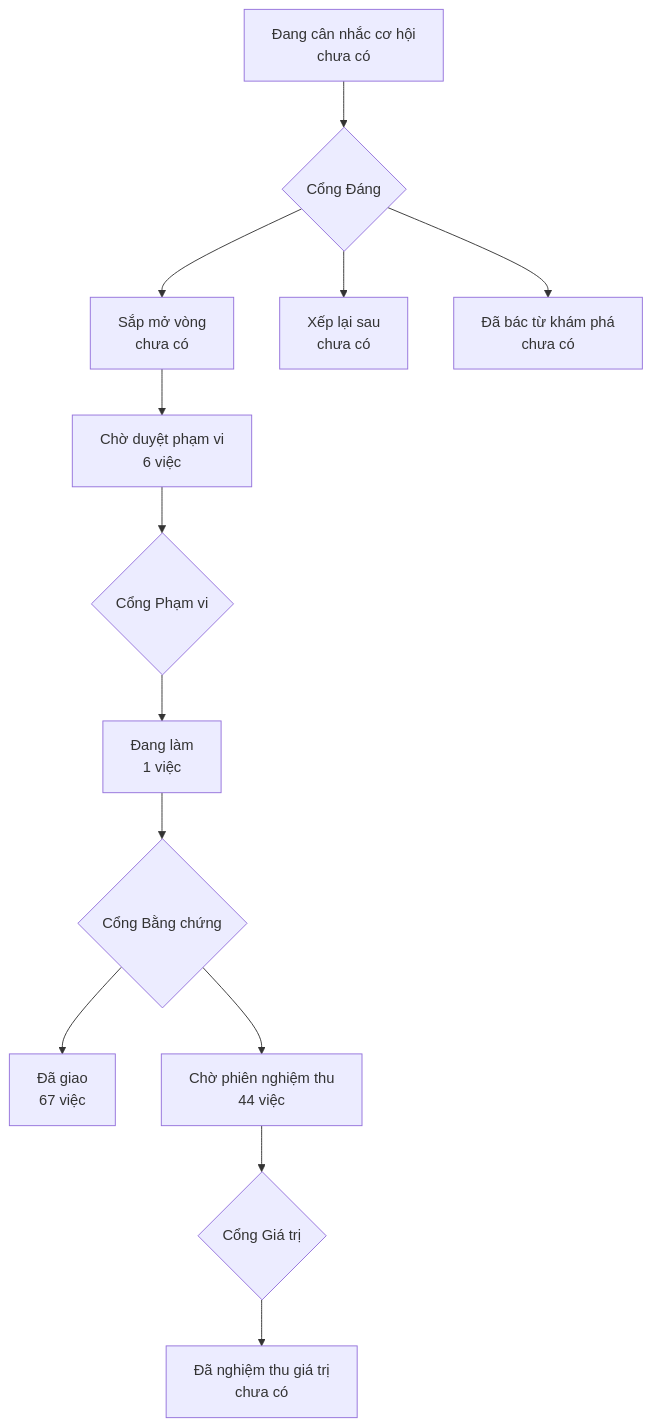
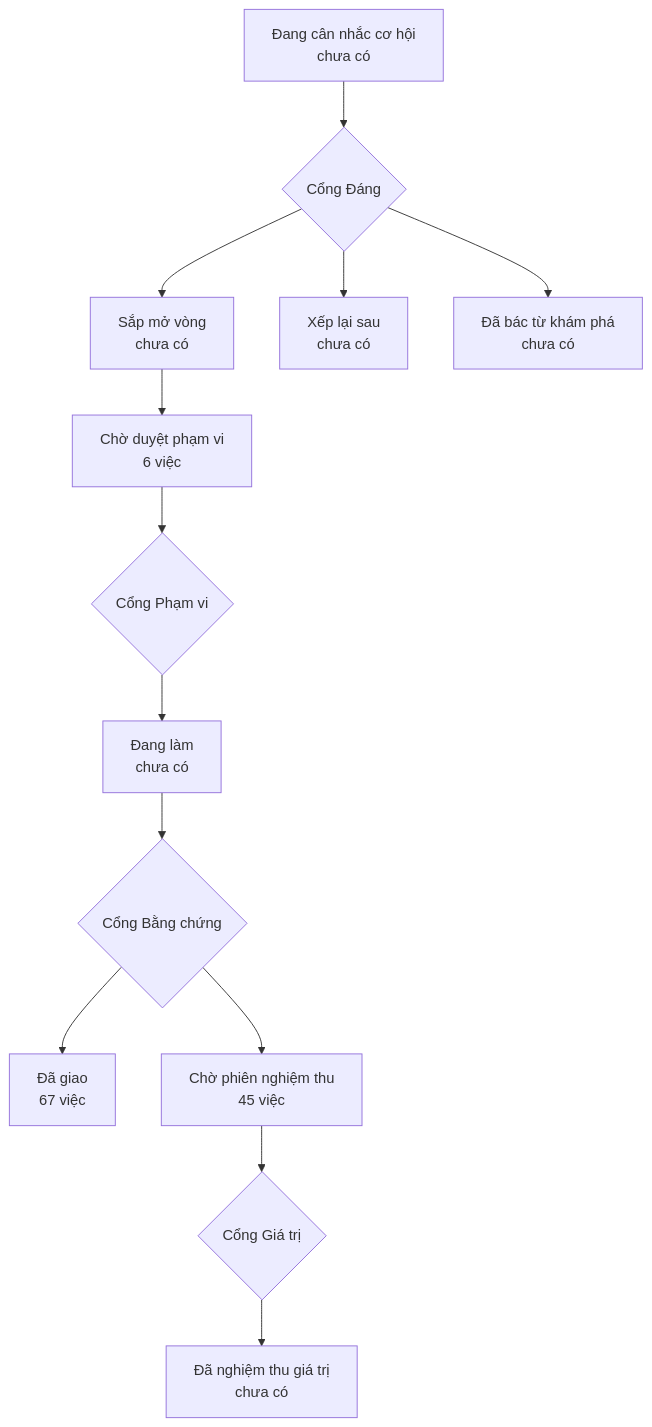
The diagram in PRODUCT-MAP.md (phanlemanh/onehub-invest), drawn with Mermaid before and after one commit. The commit also changed other lines of this file and 4 other files, not shown here.

````diff
--- a/PRODUCT-MAP.md
+++ b/PRODUCT-MAP.md
@@ -7,12 +7,12 @@
 ```mermaid
 flowchart TD
   A["Đang cân nhắc cơ hội<br/>chưa có"] --> GD{"Cổng Đáng"}
   GD --> B["Sắp mở vòng<br/>chưa có"]
   GD --> XL["Xếp lại sau<br/>chưa có"]
   GD --> DB["Đã bác từ khám phá<br/>chưa có"]
   B --> CD["Chờ duyệt phạm vi<br/>6 việc"] --> GP{"Cổng Phạm vi"}
-  GP --> DL["Đang làm<br/>1 việc"] --> GB{"Cổng Bằng chứng"}
+  GP --> DL["Đang làm<br/>chưa có"] --> GB{"Cổng Bằng chứng"}
   GB --> DG["Đã giao<br/>67 việc"]
-  GB --> CN["Chờ phiên nghiệm thu<br/>44 việc"] --> GG{"Cổng Giá trị"}
+  GB --> CN["Chờ phiên nghiệm thu<br/>45 việc"] --> GG{"Cổng Giá trị"}
   GG --> NT["Đã nghiệm thu giá trị<br/>chưa có"]
 ```
````
